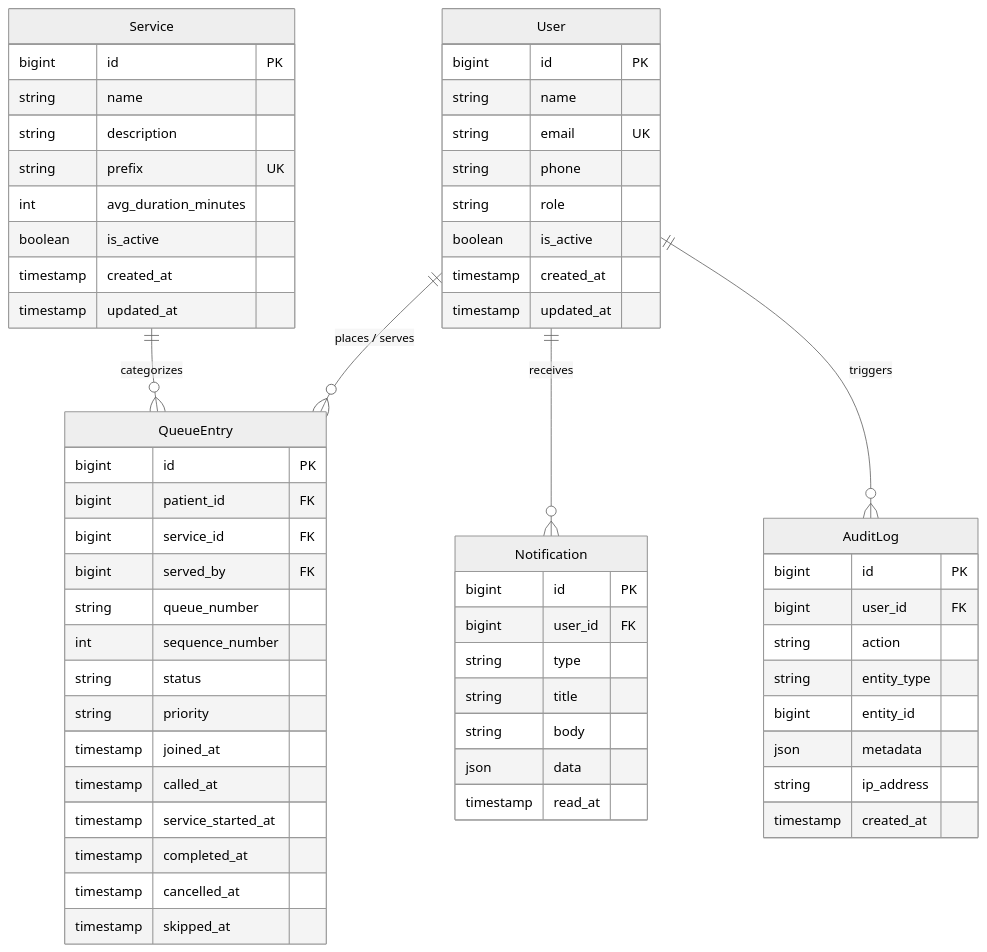
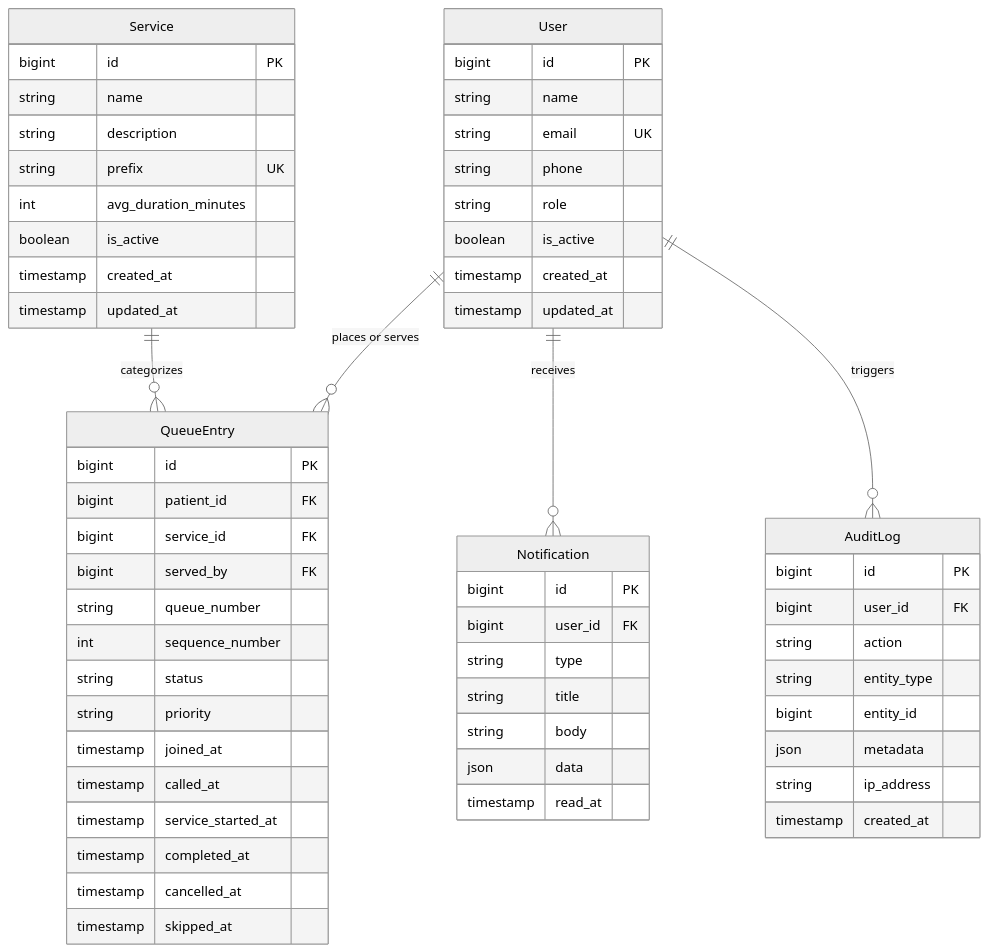
Before and after one commit to mhiskall282/MediQueue: the fourth of 7 diagrams in docs/system-design.md, drawn with Mermaid (neutral theme). The commit also changed other lines of this file, not shown here.

Commit message:
docs(mermaid): fix GitHub markdown rendering compatibility for system context and architecture diagrams

````diff
--- a/docs/system-design.md
+++ b/docs/system-design.md
@@ -148,67 +142,67 @@
 ```mermaid
 erDiagram
-    User ||--o{ QueueEntry : "places / serves"
+    User ||--o{ QueueEntry : "places or serves"
     User ||--o{ Notification : "receives"
     User ||--o{ AuditLog : "triggers"
     Service ||--o{ QueueEntry : "categorizes"
 
     User {
         bigint id PK
         string name
         string email UK
         string phone
         string role
         boolean is_active
         timestamp created_at
         timestamp updated_at
     }
 
     Service {
         bigint id PK
         string name
         string description
         string prefix UK
         int avg_duration_minutes
         boolean is_active
         timestamp created_at
         timestamp updated_at
     }
 
     QueueEntry {
         bigint id PK
         bigint patient_id FK
         bigint service_id FK
         bigint served_by FK
         string queue_number
         int sequence_number
         string status
         string priority
         timestamp joined_at
         timestamp called_at
         timestamp service_started_at
         timestamp completed_at
         timestamp cancelled_at
         timestamp skipped_at
     }
 
     Notification {
         bigint id PK
         bigint user_id FK
         string type
         string title
         string body
         json data
         timestamp read_at
     }
 
     AuditLog {
         bigint id PK
         bigint user_id FK
         string action
         string entity_type
         bigint entity_id
         json metadata
         string ip_address
         timestamp created_at
     }
 ```
````
